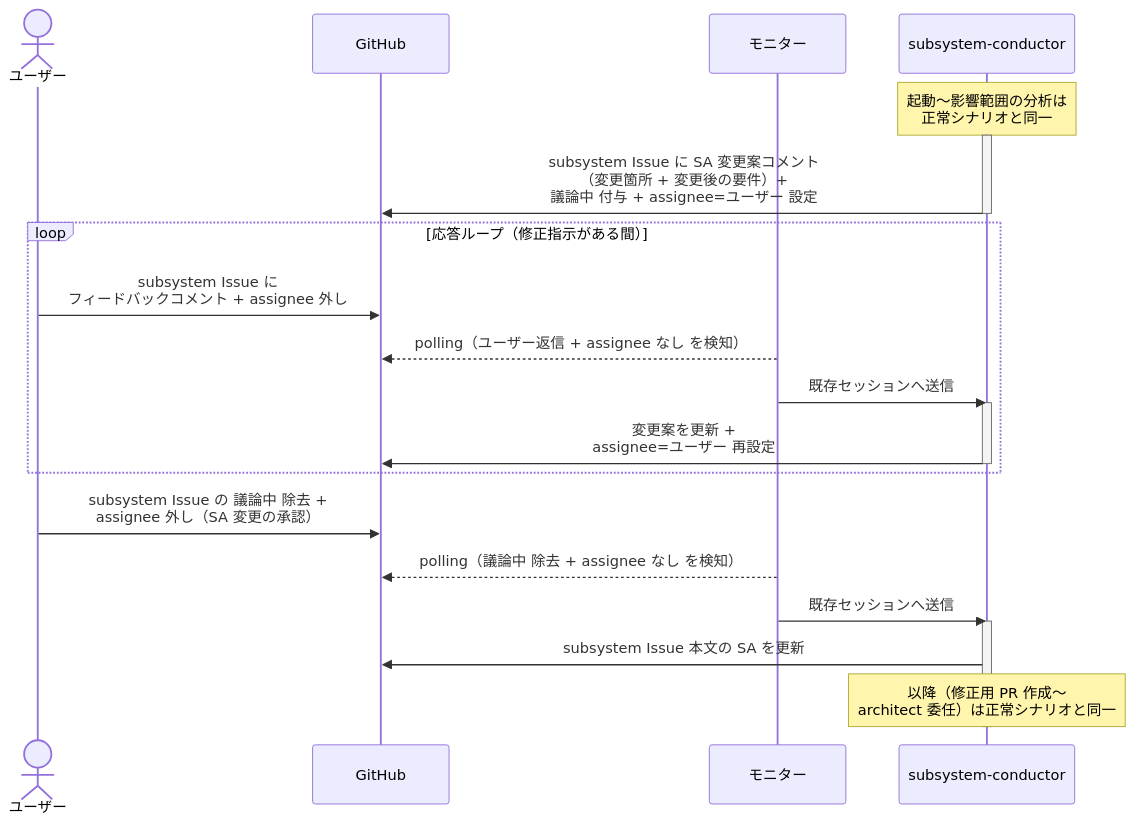
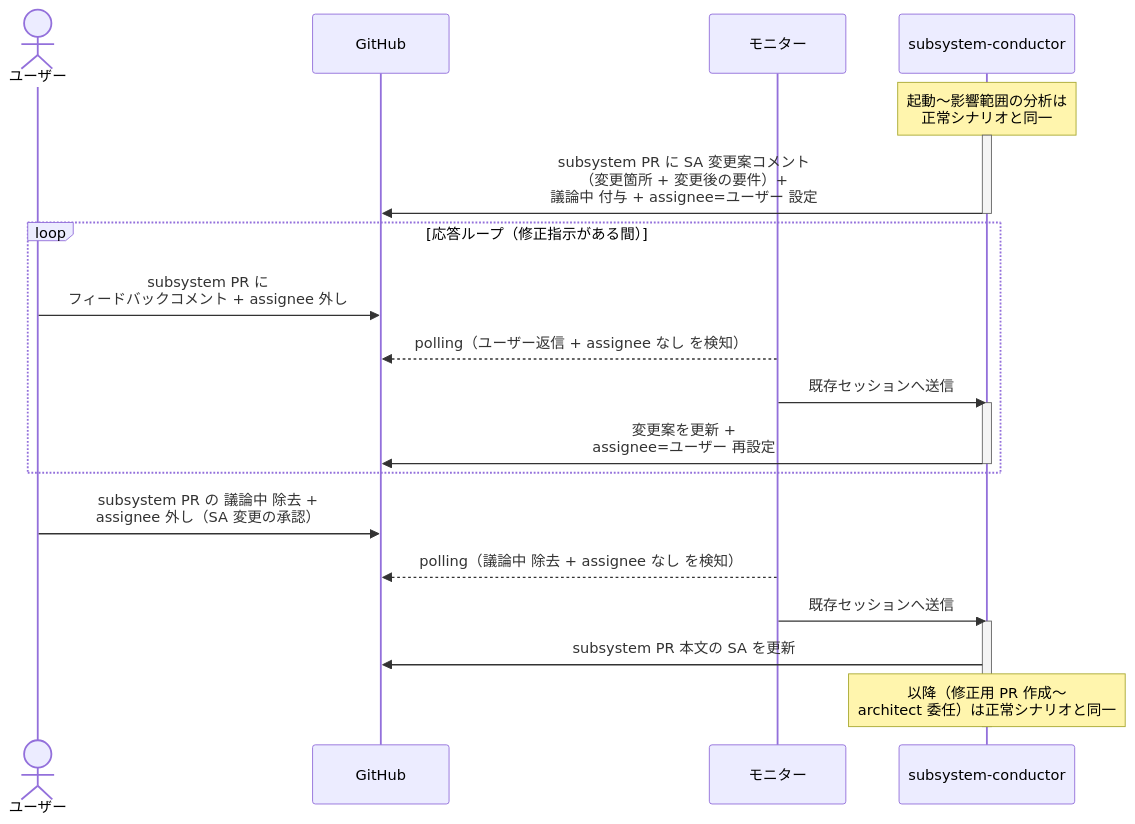
The second of 2 diagrams in docs/wiki/設計図/シナリオ/単一ユースケース/バグ修正着手.md (shuhei1101/ai-monitor), drawn with Mermaid before and after one commit. The commit also changed other lines of this file and 256 other files, not shown here.

````diff
--- a/docs/wiki/設計図/シナリオ/単一ユースケース/バグ修正着手.md
+++ b/docs/wiki/設計図/シナリオ/単一ユースケース/バグ修正着手.md
@@ -68,29 +68,29 @@
 ```mermaid
 sequenceDiagram
   actor U as ユーザー
   participant GH as GitHub
   participant ORC as モニター
   participant MON as subsystem-conductor
 
   Note over MON: 起動〜影響範囲の分析は<br>正常シナリオと同一
   activate MON
-  MON->>GH: subsystem Issue に SA 変更案コメント<br>（変更箇所 + 変更後の要件）+<br>議論中 付与 + assignee=ユーザー 設定
+  MON->>GH: subsystem PR に SA 変更案コメント<br>（変更箇所 + 変更後の要件）+<br>議論中 付与 + assignee=ユーザー 設定
   deactivate MON
 
   loop 応答ループ（修正指示がある間）
-    U->>GH: subsystem Issue に<br>フィードバックコメント + assignee 外し
+    U->>GH: subsystem PR に<br>フィードバックコメント + assignee 外し
     ORC-->>GH: polling（ユーザー返信 + assignee なし を検知）
     ORC->>MON: 既存セッションへ送信
     activate MON
     MON->>GH: 変更案を更新 +<br>assignee=ユーザー 再設定
     deactivate MON
   end
 
-  U->>GH: subsystem Issue の 議論中 除去 +<br>assignee 外し（SA 変更の承認）
+  U->>GH: subsystem PR の 議論中 除去 +<br>assignee 外し（SA 変更の承認）
   ORC-->>GH: polling（議論中 除去 + assignee なし を検知）
   ORC->>MON: 既存セッションへ送信
   activate MON
-  MON->>GH: subsystem Issue 本文の SA を更新
+  MON->>GH: subsystem PR 本文の SA を更新
   Note over MON: 以降（修正用 PR 作成〜<br>architect 委任）は正常シナリオと同一
   deactivate MON
 ```
````
